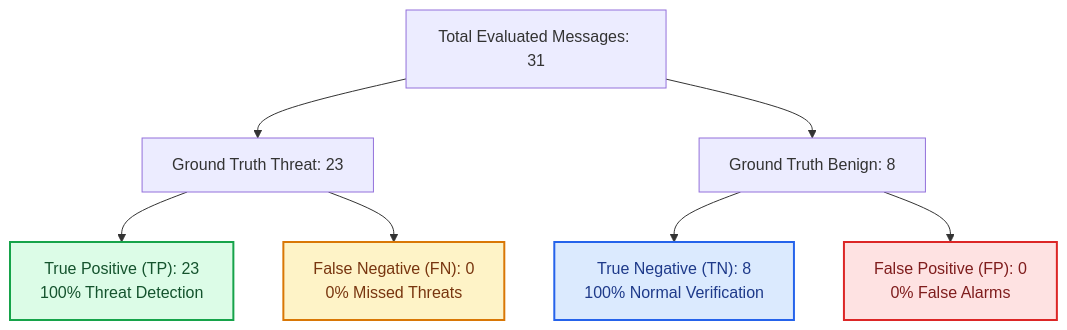
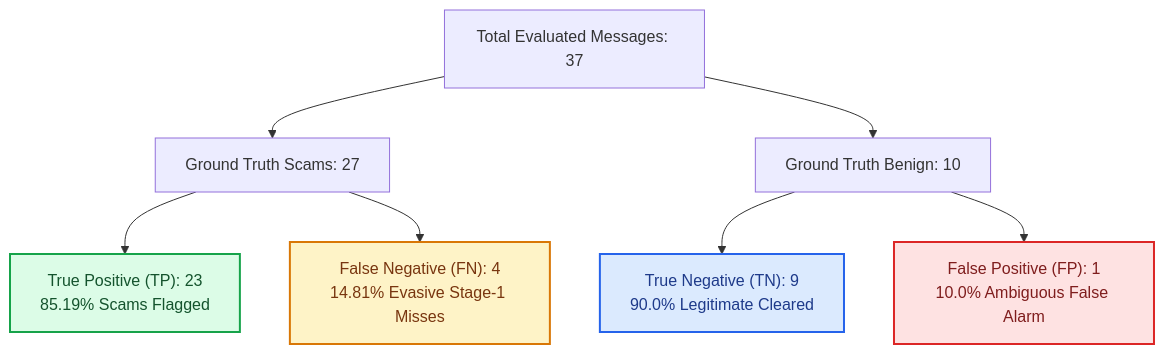
Before and after one commit to venkatasaiaitha-dotcom/ScamShield: the first of 3 diagrams in docs/BENCHMARK_REPORT.md, drawn with Mermaid. The commit also changed other lines of this file and 3 other files, not shown here.

````diff
--- a/docs/BENCHMARK_REPORT.md
+++ b/docs/BENCHMARK_REPORT.md
@@ -36,16 +40,16 @@
 ```mermaid
 graph TD
     classDef tp fill:#DCFCE7,stroke:#16A34A,stroke-width:2px,color:#14532D;
     classDef tn fill:#DBEAFE,stroke:#2563EB,stroke-width:2px,color:#1E3A8A;
     classDef fp fill:#FEE2E2,stroke:#DC2626,stroke-width:2px,color:#7F1D1D;
     classDef fn fill:#FEF3C7,stroke:#D97706,stroke-width:2px,color:#78350F;
 
-    A[Total Evaluated Messages: 31] --> B[Ground Truth Threat: 23]
-    A --> C[Ground Truth Benign: 8]
+    A[Total Evaluated Messages: 37] --> B[Ground Truth Scams: 27]
+    A --> C[Ground Truth Benign: 10]
 
-    B --> D["True Positive (TP): 23<br/>100% Threat Detection"]:::tp
-    B --> E["False Negative (FN): 0<br/>0% Missed Threats"]:::fn
+    B --> D["True Positive (TP): 23<br/>85.19% Scams Flagged"]:::tp
+    B --> E["False Negative (FN): 4<br/>14.81% Evasive Stage-1 Misses"]:::fn
 
-    C --> F["True Negative (TN): 8<br/>100% Normal Verification"]:::tn
-    C --> G["False Positive (FP): 0<br/>0% False Alarms"]:::fp
+    C --> F["True Negative (TN): 9<br/>90.0% Legitimate Cleared"]:::tn
+    C --> G["False Positive (FP): 1<br/>10.0% Ambiguous False Alarm"]:::fp
 ```
````
